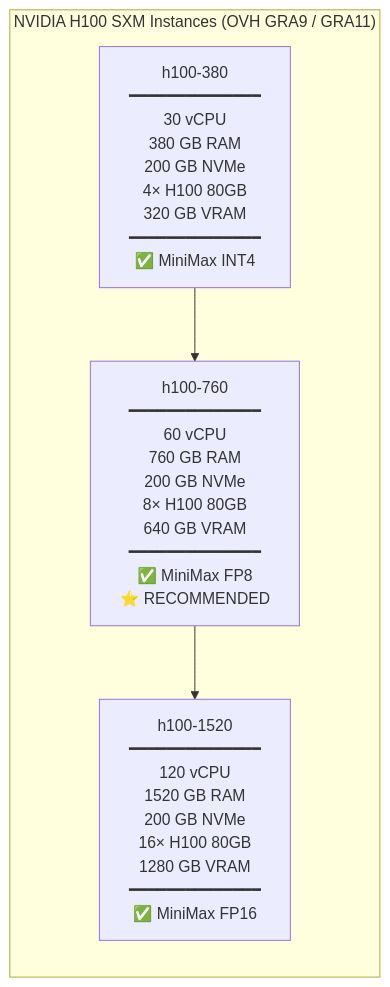
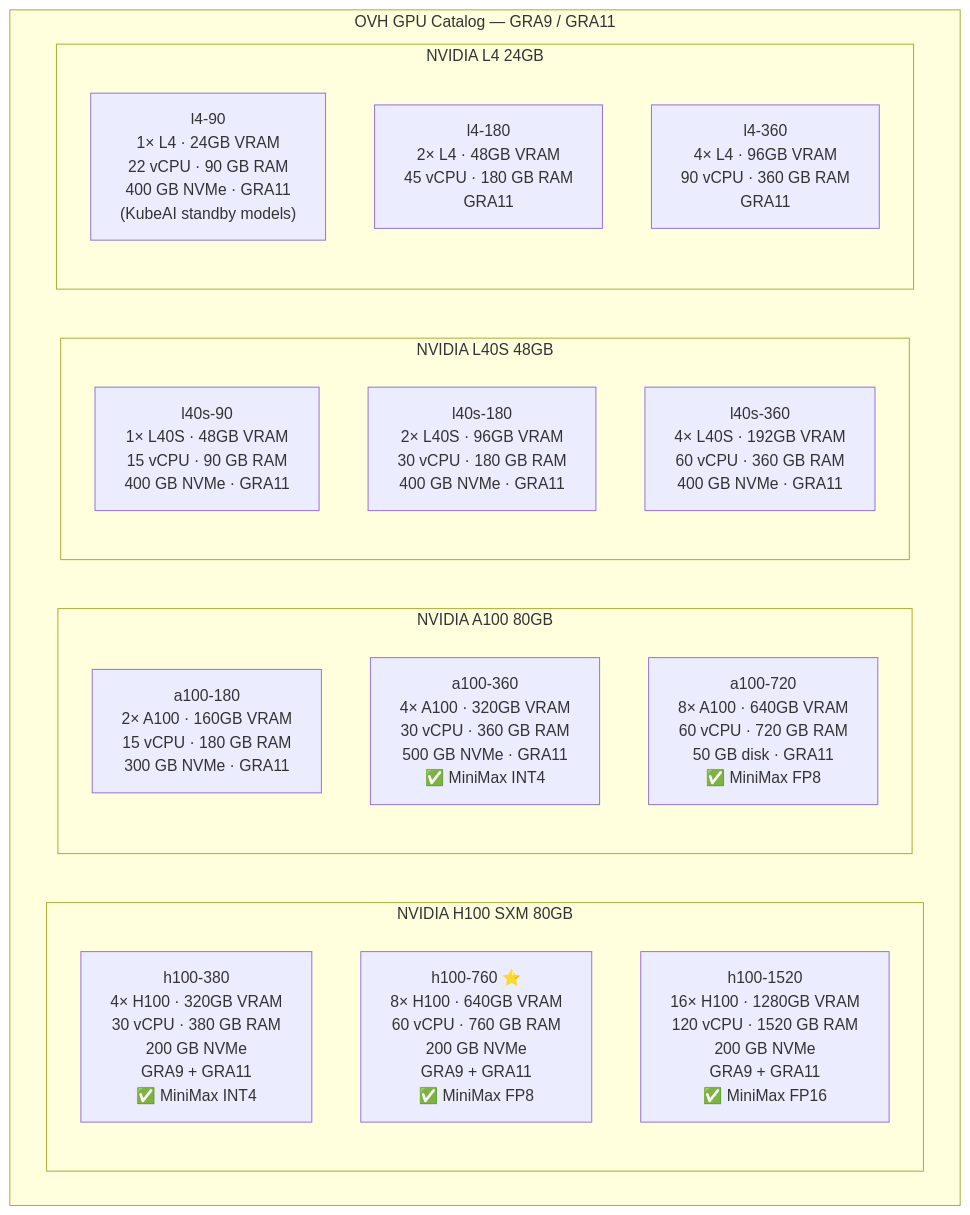
The second of 3 diagrams in gpu-capacity-planning.md (5dlabs/documentation), drawn with Mermaid before and after one commit. The commit also changed other lines of this file and 3 other files, not shown here.

First line of the commit message:
refactor: scope to OVH-only, clarify same-DC GPU constraint

````diff
--- a/gpu-capacity-planning.md
+++ b/gpu-capacity-planning.md
@@ -43,10 +60,30 @@
 ```mermaid
-flowchart LR
-    subgraph H100_LINEUP["NVIDIA H100 SXM Instances (OVH GRA9 / GRA11)"]
-        direction TB
-        H380["h100-380\n━━━━━━━━━━━━━━\n30 vCPU\n380 GB RAM\n200 GB NVMe\n4× H100 80GB\n320 GB VRAM\n━━━━━━━━━━━━━━\n✅ MiniMax INT4"]
-        H760["h100-760\n━━━━━━━━━━━━━━\n60 vCPU\n760 GB RAM\n200 GB NVMe\n8× H100 80GB\n640 GB VRAM\n━━━━━━━━━━━━━━\n✅ MiniMax FP8\n⭐ RECOMMENDED"]
-        H1520["h100-1520\n━━━━━━━━━━━━━━\n120 vCPU\n1520 GB RAM\n200 GB NVMe\n16× H100 80GB\n1280 GB VRAM\n━━━━━━━━━━━━━━\n✅ MiniMax FP16"]
+flowchart TB
+    subgraph GPU_CATALOG["OVH GPU Catalog — GRA9 / GRA11"]
+        direction LR
+
+        subgraph H100["NVIDIA H100 SXM 80GB"]
+            H380["h100-380\n4× H100 · 320GB VRAM\n30 vCPU · 380 GB RAM\n200 GB NVMe\nGRA9 + GRA11\n✅ MiniMax INT4"]
+            H760["h100-760 ⭐\n8× H100 · 640GB VRAM\n60 vCPU · 760 GB RAM\n200 GB NVMe\nGRA9 + GRA11\n✅ MiniMax FP8"]
+            H1520["h100-1520\n16× H100 · 1280GB VRAM\n120 vCPU · 1520 GB RAM\n200 GB NVMe\nGRA9 + GRA11\n✅ MiniMax FP16"]
+        end
+
+        subgraph A100["NVIDIA A100 80GB"]
+            A180["a100-180\n2× A100 · 160GB VRAM\n15 vCPU · 180 GB RAM\n300 GB NVMe · GRA11"]
+            A360["a100-360\n4× A100 · 320GB VRAM\n30 vCPU · 360 GB RAM\n500 GB NVMe · GRA11\n✅ MiniMax INT4"]
+            A720["a100-720\n8× A100 · 640GB VRAM\n60 vCPU · 720 GB RAM\n50 GB disk · GRA11\n✅ MiniMax FP8"]
+        end
+
+        subgraph L40S["NVIDIA L40S 48GB"]
+            LS90["l40s-90\n1× L40S · 48GB VRAM\n15 vCPU · 90 GB RAM\n400 GB NVMe · GRA11"]
+            LS180["l40s-180\n2× L40S · 96GB VRAM\n30 vCPU · 180 GB RAM\n400 GB NVMe · GRA11"]
+            LS360["l40s-360\n4× L40S · 192GB VRAM\n60 vCPU · 360 GB RAM\n400 GB NVMe · GRA11"]
+        end
+
+        subgraph L4["NVIDIA L4 24GB"]
+            L90["l4-90\n1× L4 · 24GB VRAM\n22 vCPU · 90 GB RAM\n400 GB NVMe · GRA11\n(KubeAI standby models)"]
+            L180["l4-180\n2× L4 · 48GB VRAM\n45 vCPU · 180 GB RAM\nGRA11"]
+            L360["l4-360\n4× L4 · 96GB VRAM\n90 vCPU · 360 GB RAM\nGRA11"]
+        end
     end
-    H380 --> H760 --> H1520
 ```
````
